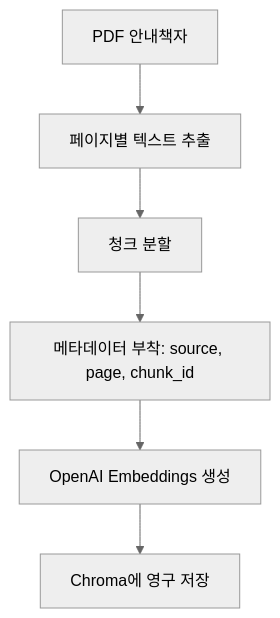
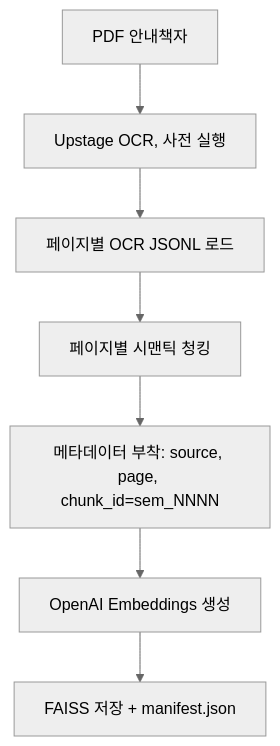
The third of 4 diagrams in docs/architecture.md (DataChuLee/Youth-Allowance), drawn with Mermaid (neutral theme) before and after one commit. The commit also changed other lines of this file, not shown here.

Commit message:
docs(architecture): replace Chroma with FAISS indexing flow

````diff
--- a/docs/architecture.md
+++ b/docs/architecture.md
@@ -75,8 +75,9 @@
 ```mermaid
 flowchart TD
-    PDF[PDF 안내책자] --> Extract[페이지별 텍스트 추출]
-    Extract --> Chunk[청크 분할]
-    Chunk --> Metadata[메타데이터 부착: source, page, chunk_id]
+    PDF[PDF 안내책자] --> OCR[Upstage OCR, 사전 실행]
+    OCR --> Extract[페이지별 OCR JSONL 로드]
+    Extract --> Chunk[페이지별 시맨틱 청킹]
+    Chunk --> Metadata[메타데이터 부착: source, page, chunk_id=sem_NNNN]
     Metadata --> Embed[OpenAI Embeddings 생성]
-    Embed --> Store[Chroma에 영구 저장]
+    Embed --> Store[FAISS 저장 + manifest.json]
 ```
````
